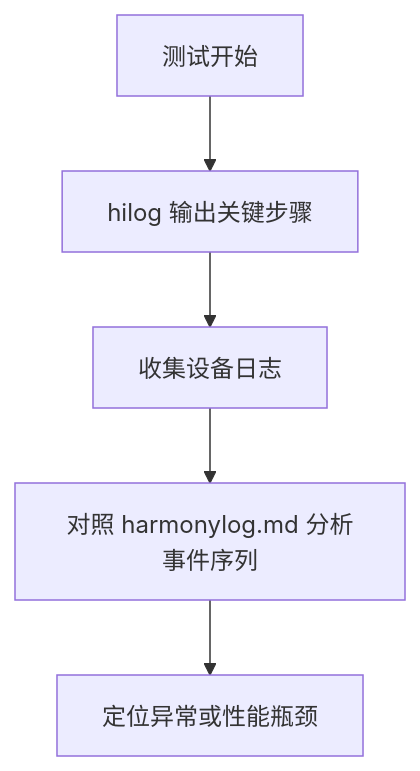
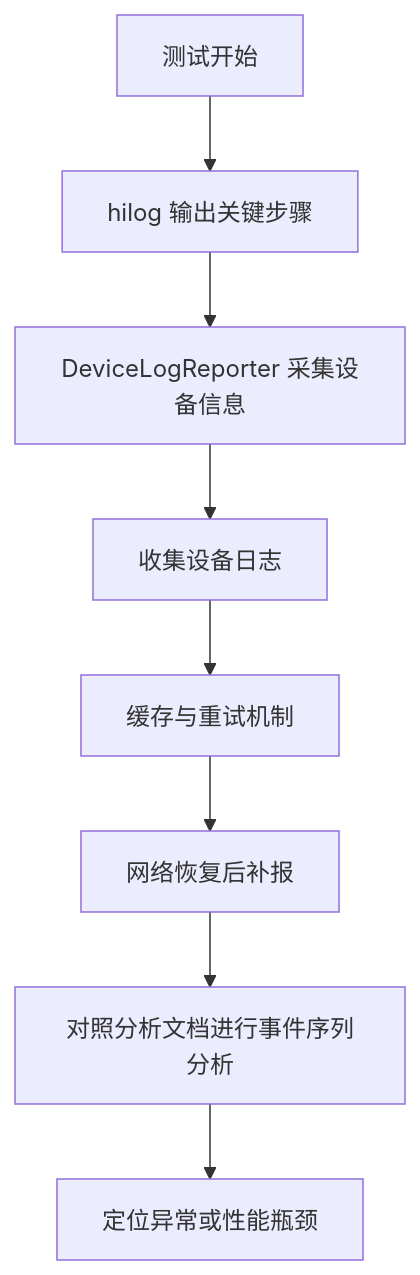
Before and after one commit to huz1xuan/harmony_XDY: the sixth of 7 diagrams in .qoder/repowiki/zh/content/测试与调试.md, drawn with Mermaid. The commit also changed other lines of this file and 15 other files, not shown here.

````diff
--- a/.qoder/repowiki/zh/content/测试与调试.md
+++ b/.qoder/repowiki/zh/content/测试与调试.md
@@ -174,7 +214,10 @@
 ```mermaid
 flowchart TD
 A["测试开始"] --> B["hilog 输出关键步骤"]
-B --> C["收集设备日志"]
-C --> D["对照 harmonylog.md 分析事件序列"]
-D --> E["定位异常或性能瓶颈"]
+B --> C["DeviceLogReporter 采集设备信息"]
+C --> D["收集设备日志"]
+D --> E["缓存与重试机制"]
+E --> F["网络恢复后补报"]
+F --> G["对照分析文档进行事件序列分析"]
+G --> H["定位异常或性能瓶颈"]
 ```
````
